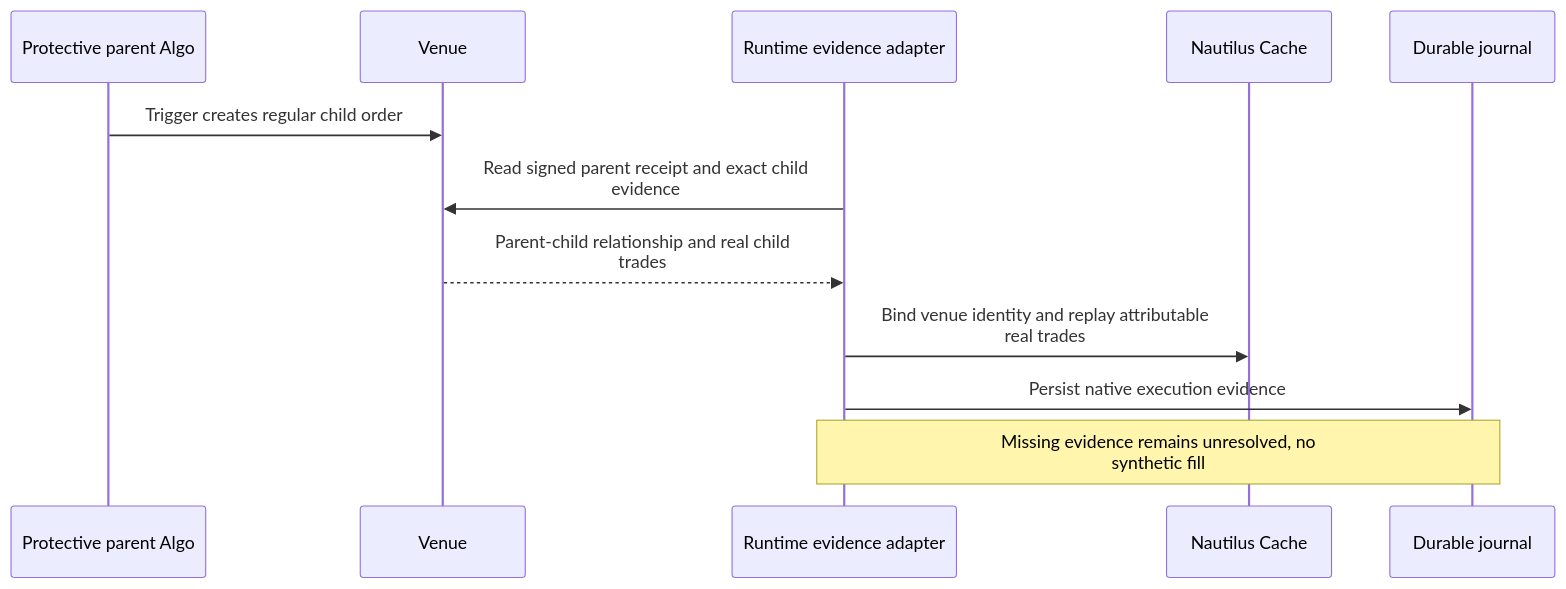
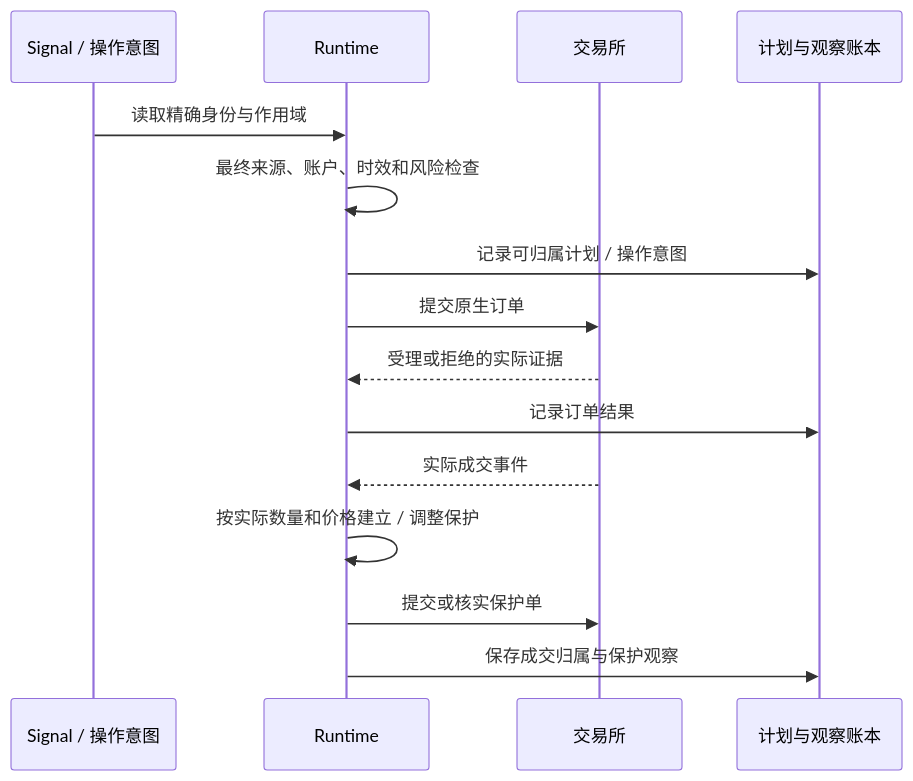
The second of 2 diagrams in docs/modules/execution.md (AnalyThothAI/tracefold), drawn with Mermaid before and after one commit. The commit also changed other lines of this file and 28 other files, not shown here.

Commit message:
docs: rebuild the Chinese architecture and module handbook

````diff
--- a/docs/modules/execution.md
+++ b/docs/modules/execution.md
@@ -93,14 +51,17 @@
 ```mermaid
 sequenceDiagram
-    participant P as Protective parent Algo
-    participant V as Venue
-    participant R as Runtime evidence adapter
-    participant C as Nautilus Cache
-    participant J as Durable journal
-    P->>V: Trigger creates regular child order
-    R->>V: Read signed parent receipt and exact child<br/>evidence
-    V-->>R: Parent-child relationship and real child<br/>trades
-    R->>C: Bind venue identity and replay attributable<br/>real trades
-    R->>J: Persist native execution evidence
-    Note over R,J: Missing evidence remains unresolved, no<br/>synthetic fill
+    participant S as Signal / 操作意图
+    participant R as Runtime
+    participant V as 交易所
+    participant D as 计划与观察账本
+    S->>R: 读取精确身份与作用域
+    R->>R: 最终来源、账户、时效和风险检查
+    R->>D: 记录可归属计划 / 操作意图
+    R->>V: 提交原生订单
+    V-->>R: 受理或拒绝的实际证据
+    R->>D: 记录订单结果
+    V-->>R: 实际成交事件
+    R->>R: 按实际数量和价格建立 / 调整保护
+    R->>V: 提交或核实保护单
+    R->>D: 保存成交归属与保护观察
 ```
````
